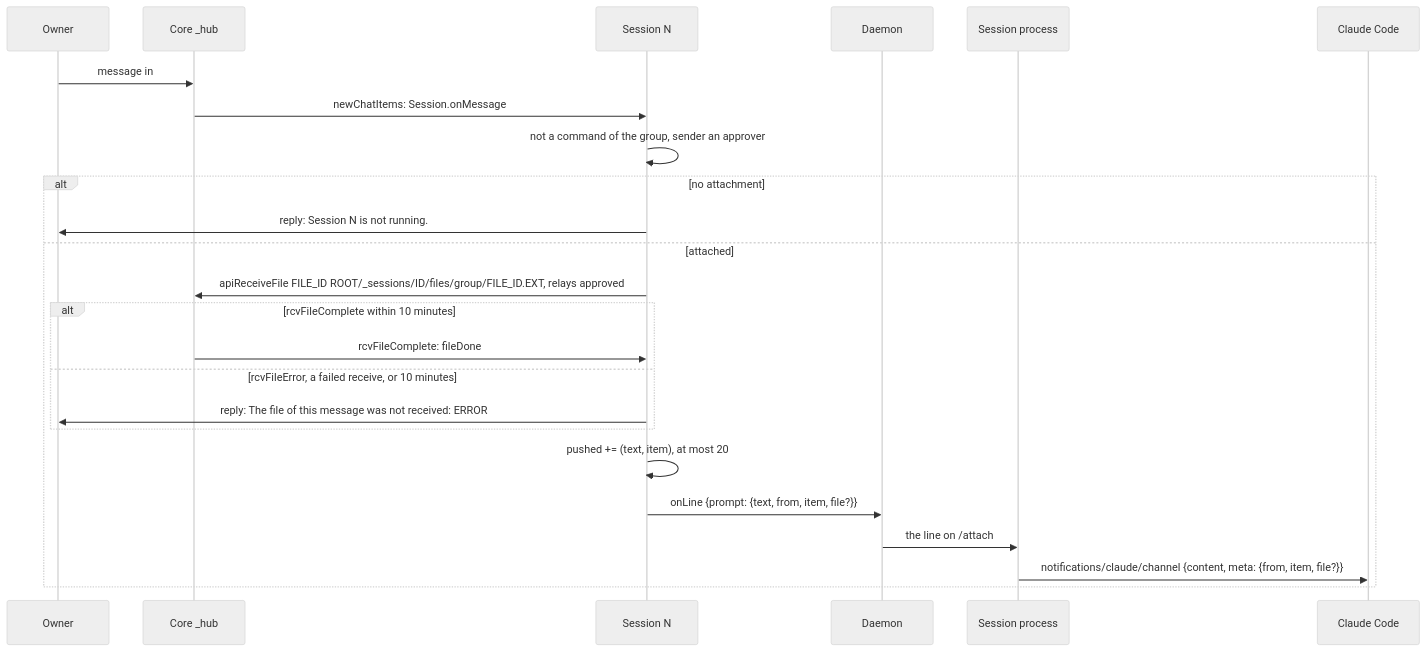
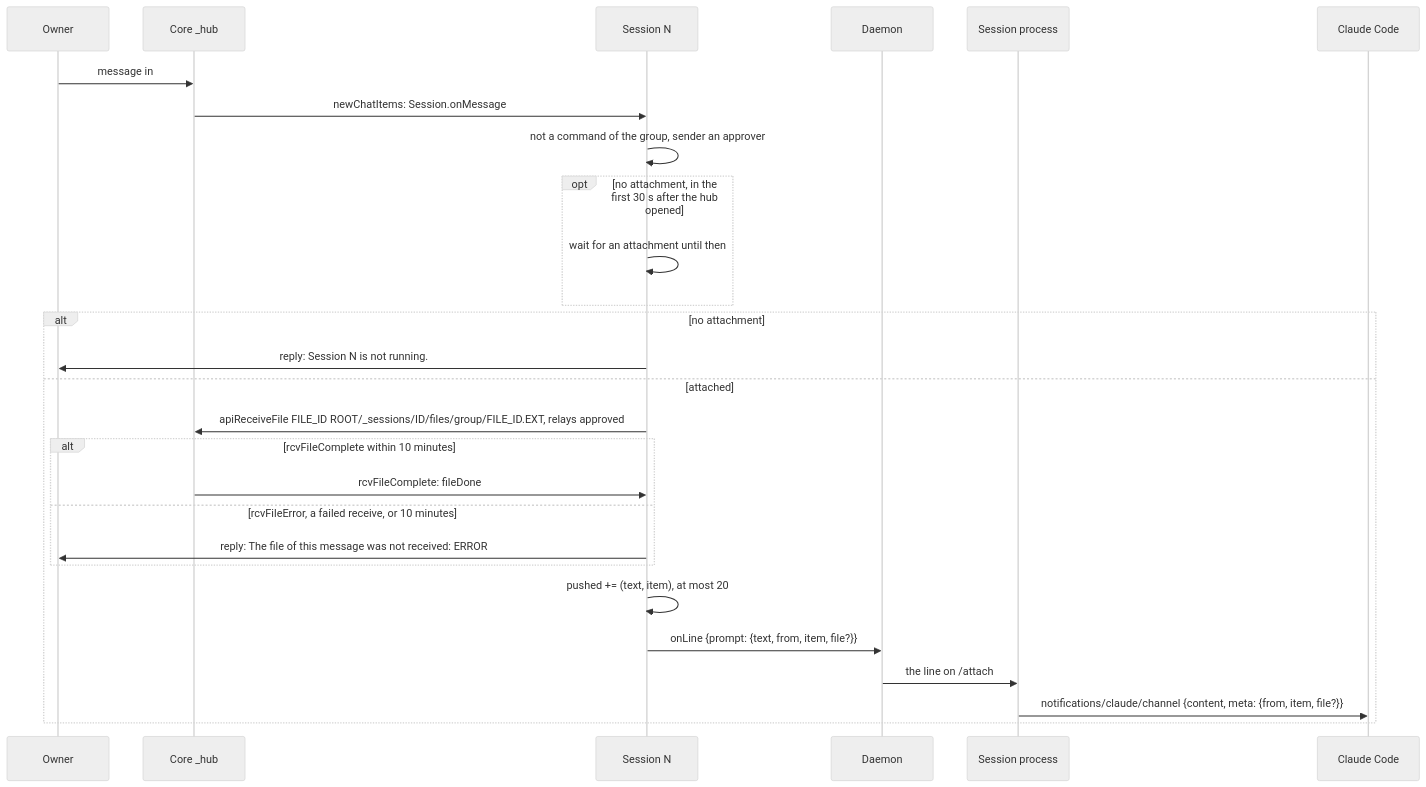
Before and after one commit to simplex-chat/simplex-chat: diagram 20 of 27 in packages/simplex-chat-mcp/spec/flows.md, drawn with Mermaid (neutral theme). The commit also changed other lines of this file and 5 other files, not shown here.

````diff
--- a/packages/simplex-chat-mcp/spec/flows.md
+++ b/packages/simplex-chat-mcp/spec/flows.md
@@ -886,26 +886,29 @@
 ```mermaid
 sequenceDiagram
   participant O as Owner
   participant C as Core _hub
   participant N as Session N
   participant D as Daemon
   participant S as Session process
   participant CC as Claude Code
   O->>C: message in #G, with a file
   C->>N: newChatItems: Session.onMessage
   N->>N: not a command of the group, sender an approver
+  opt no attachment, in the first 30 s after the hub opened
+    N->>N: wait for an attachment until then
+  end
   alt no attachment
     N->>O: reply: Session N is not running.
   else attached
     N->>C: apiReceiveFile FILE_ID ROOT/_sessions/ID/files/group/FILE_ID.EXT, relays approved
     alt rcvFileComplete within 10 minutes
       C->>N: rcvFileComplete: fileDone
     else rcvFileError, a failed receive, or 10 minutes
       N->>O: reply: The file of this message was not received: ERROR
     end
     N->>N: pushed += (text, item), at most 20
     N->>D: onLine {prompt: {text, from, item, file?}}
     D->>S: the line on /attach
     S->>CC: notifications/claude/channel {content, meta: {from, item, file?}}
   end
 ```
````
